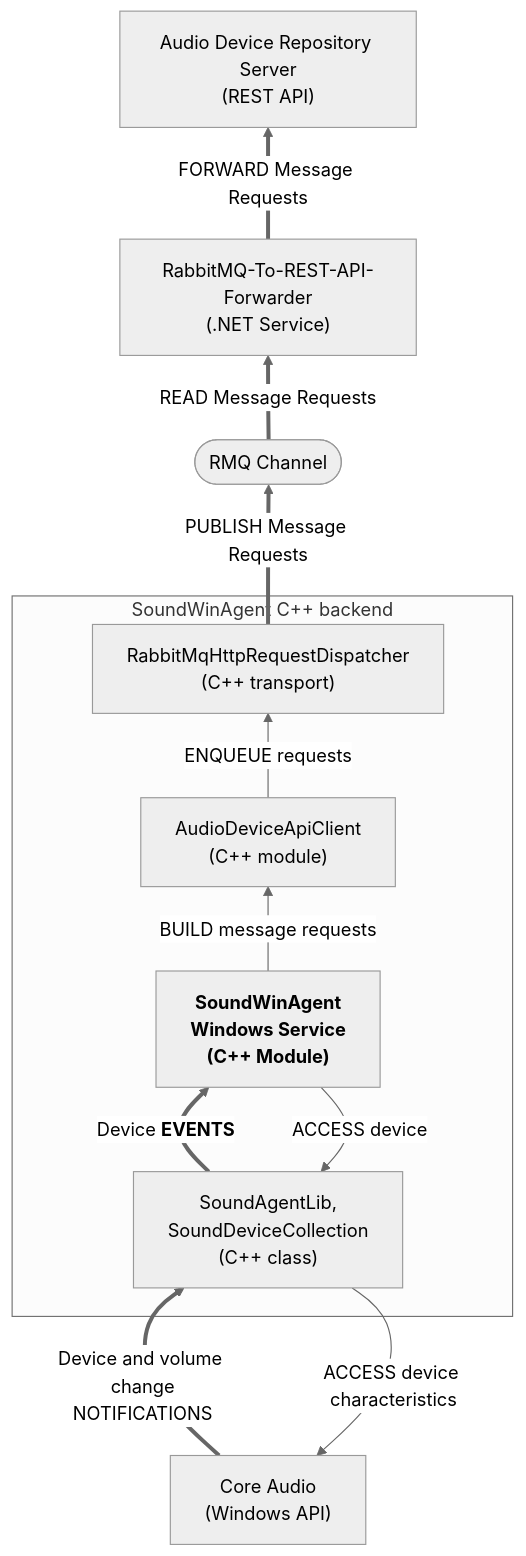
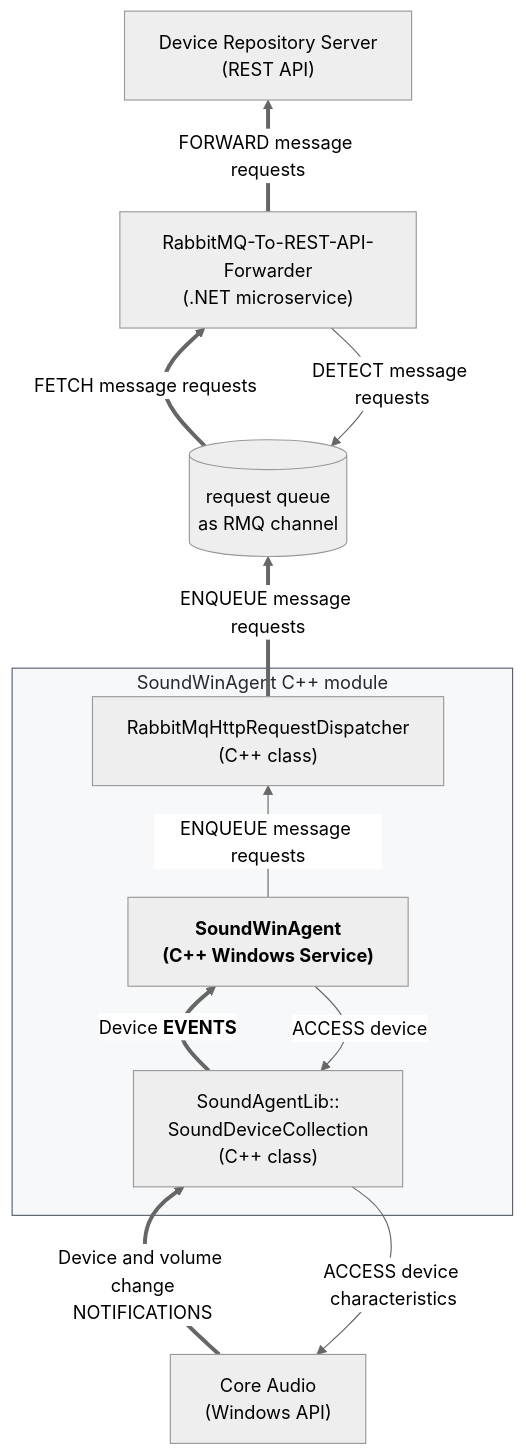
The diagram in docs/module-interaction02-pred01.mmd (collect-sound-devices/win-sound-scanner-go), drawn with Mermaid (neutral theme) before and after one commit. The commit also changed 5 other files, not shown here.

Commit message:
refactor: update module interaction diagrams for clarity and consistency

```diff
--- a/docs/module-interaction02-pred01.mmd
+++ b/docs/module-interaction02-pred01.mmd
@@ -1,26 +1,30 @@
 flowchart BT
 
-  WIN["Core Audio<br>(Windows API)"]
+WIN["Core Audio<br>(Windows API)"]
 
-  subgraph BCK["SoundWinAgent C++ backend"]
-    LIB["SoundAgentLib,<br>SoundDeviceCollection<br>(C++ class)"]
-    APICLI["AudioDeviceApiClient<br>(C++ module)"]
-  APP["<b>SoundWinAgent<br>Windows Service<br>(C++ Module)</b>"]
-    RMQDISP["RabbitMqHttpRequestDispatcher<br>(C++ transport)"]
-  end
+subgraph BCK["SoundWinAgent C++ module"]
+	LIB["SoundAgentLib::<br>SoundDeviceCollection<br>(C++ class)"]
+	APP["<b>SoundWinAgent<br>(C++ Windows Service)</b>"]
+	RMQDISP["RabbitMqHttpRequestDispatcher<br>(C++ class)"]
 
-  CHAN(["RMQ Channel"])
-  FWD["RabbitMQ-To-REST-API-Forwarder<br>(.NET Service)"]
-  API["Audio Device Repository Server<br>(REST API)"]
+	APP --> |ACCESS device| LIB
+	LIB ==> |Device <b>EVENTS</b>| APP
 
-  APP --> |ACCESS device| LIB
-  WIN ==> |Device and volume change<br>NOTIFICATIONS| LIB
-  LIB --> |ACCESS device characteristics| WIN
-  LIB ==> |Device <b>EVENTS</b>| APP
+	APP --> |ENQUEUE message requests| RMQDISP
+end
+style BCK fill:#f6f8fa,stroke:#57606a,color:#24292f
 
-  APP --> |BUILD message requests| APICLI
-  APICLI --> |ENQUEUE requests| RMQDISP
-  RMQDISP ==> |PUBLISH Message Requests| CHAN
+WIN ==> |Device and volume change<br>NOTIFICATIONS| LIB
+LIB --> |ACCESS device characteristics| WIN
 
-  CHAN ==> |READ Message Requests| FWD
-  FWD ==> |FORWARD Message Requests| API
+CHAN[("request queue<br>as RMQ channel")]
+FWD["RabbitMQ-To-REST-API-Forwarder<br>(.NET microservice)"]
+API["Device Repository Server<br>(REST API)"]
+
+RMQDISP ==> |ENQUEUE message requests| CHAN
+
+
+CHAN ==> |FETCH message requests| FWD
+FWD --> |DETECT message requests| CHAN
+
+FWD ==> |FORWARD message requests| API
```
